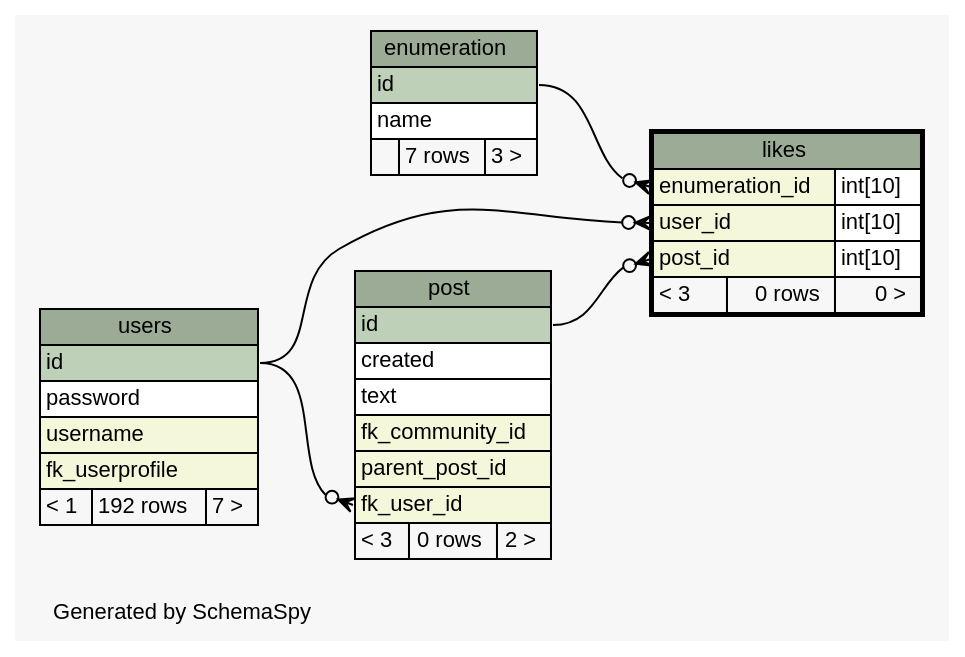
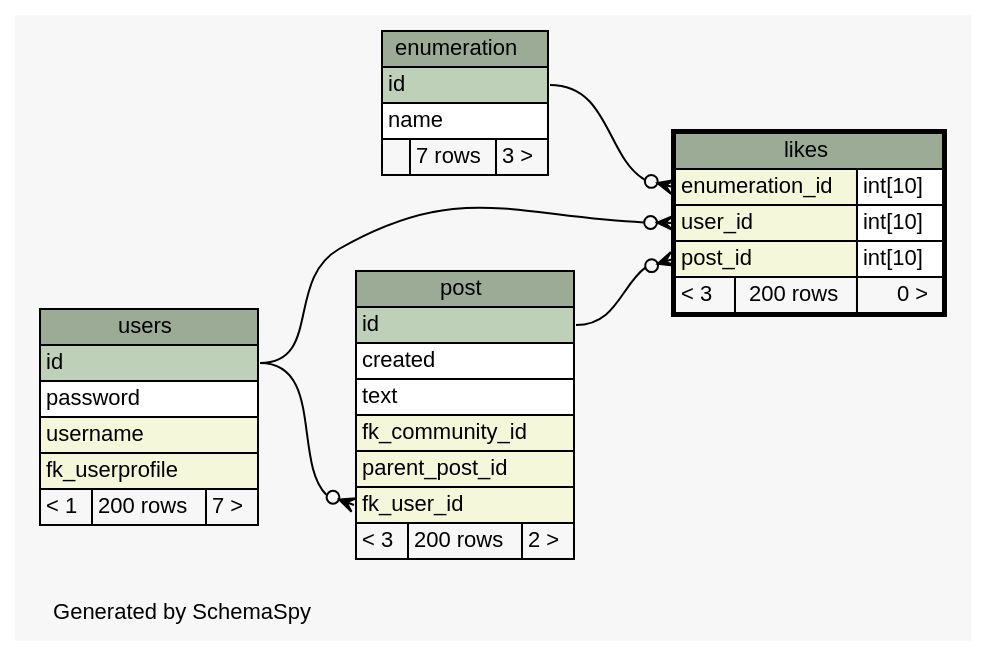
One commit to chr-krenn/chr-krenn-fhj-ws2017-sd17-pse changed the diagram in doc/db_schema/diagrams/likes.1degree.dot. Above: the diagram before and after it, drawn with Graphviz. The commit also changed 65 other files, not shown here.

```diff
--- a/doc/db_schema/diagrams/likes.1degree.dot
+++ b/doc/db_schema/diagrams/likes.1degree.dot
@@ -1,77 +1,77 @@
 // dot 2.40.1 on Linux 4.12.5-300.fc26.x86_64
 // SchemaSpy rev 590
 digraph "oneDegreeRelationshipsDiagram" {
   graph [
     rankdir="RL"
     bgcolor="#f7f7f7"
     label="\nGenerated by SchemaSpy"
     labeljust="l"
     nodesep="0.18"
     ranksep="0.46"
     fontname="Helvetica"
     fontsize="11"
   ];
   node [
     fontname="Helvetica"
     fontsize="11"
     shape="plaintext"
   ];
   edge [
     arrowsize="0.8"
   ];
   "likes":"enumeration_id":w -> "enumeration":"id":e [arrowhead=none dir=back arrowtail=crowodot];
   "likes":"post_id":w -> "post":"id":e [arrowhead=none dir=back arrowtail=crowodot];
   "likes":"user_id":w -> "users":"id":e [arrowhead=none dir=back arrowtail=crowodot];
   "post":"fk_user_id":w -> "users":"id":e [arrowhead=none dir=back arrowtail=crowodot];
   "enumeration" [
     label=<
     <TABLE BORDER="0" CELLBORDER="1" CELLSPACING="0" BGCOLOR="#ffffff">
       <TR><TD COLSPAN="3" BGCOLOR="#9bab96" ALIGN="CENTER">enumeration</TD></TR>
       <TR><TD PORT="id" COLSPAN="3" BGCOLOR="#bed1b8" ALIGN="LEFT">id</TD></TR>
       <TR><TD PORT="name" COLSPAN="3" ALIGN="LEFT">name</TD></TR>
       <TR><TD ALIGN="LEFT" BGCOLOR="#f7f7f7">  </TD><TD ALIGN="RIGHT" BGCOLOR="#f7f7f7">7 rows</TD><TD ALIGN="RIGHT" BGCOLOR="#f7f7f7">3 &gt;</TD></TR>
     </TABLE>>
     URL="enumeration.html"
     tooltip="enumeration"
   ];
   "likes" [
     label=<
     <TABLE BORDER="2" CELLBORDER="1" CELLSPACING="0" BGCOLOR="#ffffff">
       <TR><TD COLSPAN="3" BGCOLOR="#9bab96" ALIGN="CENTER">likes</TD></TR>
       <TR><TD PORT="enumeration_id" COLSPAN="2" BGCOLOR="#f4f7da" ALIGN="LEFT">enumeration_id</TD><TD PORT="enumeration_id.type" ALIGN="LEFT">int[10]</TD></TR>
       <TR><TD PORT="user_id" COLSPAN="2" BGCOLOR="#f4f7da" ALIGN="LEFT">user_id</TD><TD PORT="user_id.type" ALIGN="LEFT">int[10]</TD></TR>
       <TR><TD PORT="post_id" COLSPAN="2" BGCOLOR="#f4f7da" ALIGN="LEFT">post_id</TD><TD PORT="post_id.type" ALIGN="LEFT">int[10]</TD></TR>
-      <TR><TD ALIGN="LEFT" BGCOLOR="#f7f7f7">&lt; 3</TD><TD ALIGN="RIGHT" BGCOLOR="#f7f7f7">0 rows</TD><TD ALIGN="RIGHT" BGCOLOR="#f7f7f7">0 &gt;</TD></TR>
+      <TR><TD ALIGN="LEFT" BGCOLOR="#f7f7f7">&lt; 3</TD><TD ALIGN="RIGHT" BGCOLOR="#f7f7f7">200 rows</TD><TD ALIGN="RIGHT" BGCOLOR="#f7f7f7">0 &gt;</TD></TR>
     </TABLE>>
     URL="likes.html"
     tooltip="likes"
   ];
   "post" [
     label=<
     <TABLE BORDER="0" CELLBORDER="1" CELLSPACING="0" BGCOLOR="#ffffff">
       <TR><TD COLSPAN="3" BGCOLOR="#9bab96" ALIGN="CENTER">post</TD></TR>
       <TR><TD PORT="id" COLSPAN="3" BGCOLOR="#bed1b8" ALIGN="LEFT">id</TD></TR>
       <TR><TD PORT="created" COLSPAN="3" ALIGN="LEFT">created</TD></TR>
       <TR><TD PORT="text" COLSPAN="3" ALIGN="LEFT">text</TD></TR>
       <TR><TD PORT="fk_community_id" COLSPAN="3" BGCOLOR="#f4f7da" ALIGN="LEFT">fk_community_id</TD></TR>
       <TR><TD PORT="parent_post_id" COLSPAN="3" BGCOLOR="#f4f7da" ALIGN="LEFT">parent_post_id</TD></TR>
       <TR><TD PORT="fk_user_id" COLSPAN="3" BGCOLOR="#f4f7da" ALIGN="LEFT">fk_user_id</TD></TR>
-      <TR><TD ALIGN="LEFT" BGCOLOR="#f7f7f7">&lt; 3</TD><TD ALIGN="RIGHT" BGCOLOR="#f7f7f7">0 rows</TD><TD ALIGN="RIGHT" BGCOLOR="#f7f7f7">2 &gt;</TD></TR>
+      <TR><TD ALIGN="LEFT" BGCOLOR="#f7f7f7">&lt; 3</TD><TD ALIGN="RIGHT" BGCOLOR="#f7f7f7">200 rows</TD><TD ALIGN="RIGHT" BGCOLOR="#f7f7f7">2 &gt;</TD></TR>
     </TABLE>>
     URL="post.html"
     tooltip="post"
   ];
   "users" [
     label=<
     <TABLE BORDER="0" CELLBORDER="1" CELLSPACING="0" BGCOLOR="#ffffff">
       <TR><TD COLSPAN="3" BGCOLOR="#9bab96" ALIGN="CENTER">users</TD></TR>
       <TR><TD PORT="id" COLSPAN="3" BGCOLOR="#bed1b8" ALIGN="LEFT">id</TD></TR>
       <TR><TD PORT="password" COLSPAN="3" ALIGN="LEFT">password</TD></TR>
       <TR><TD PORT="username" COLSPAN="3" BGCOLOR="#f4f7da" ALIGN="LEFT">username</TD></TR>
       <TR><TD PORT="fk_userprofile" COLSPAN="3" BGCOLOR="#f4f7da" ALIGN="LEFT">fk_userprofile</TD></TR>
-      <TR><TD ALIGN="LEFT" BGCOLOR="#f7f7f7">&lt; 1</TD><TD ALIGN="RIGHT" BGCOLOR="#f7f7f7">192 rows</TD><TD ALIGN="RIGHT" BGCOLOR="#f7f7f7">7 &gt;</TD></TR>
+      <TR><TD ALIGN="LEFT" BGCOLOR="#f7f7f7">&lt; 1</TD><TD ALIGN="RIGHT" BGCOLOR="#f7f7f7">200 rows</TD><TD ALIGN="RIGHT" BGCOLOR="#f7f7f7">7 &gt;</TD></TR>
     </TABLE>>
     URL="users.html"
     tooltip="users"
   ];
 }
```
